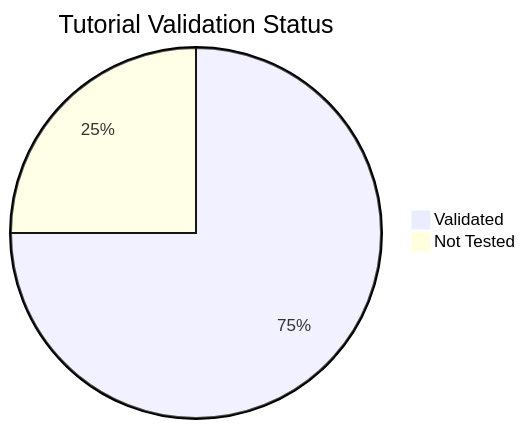
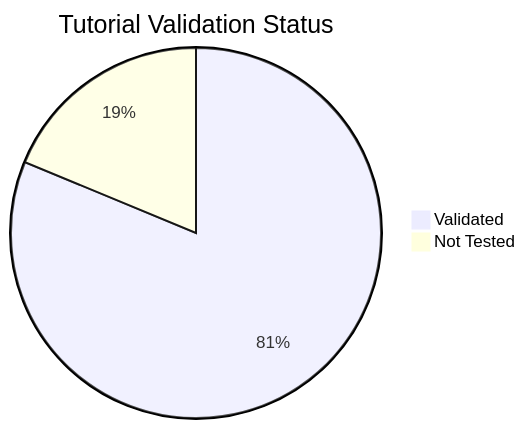
Before and after one commit to yeongseon/azure-functions-practical-guide: the diagram in docs/reference/validation-status.md, drawn with Mermaid. The commit also changed other lines of this file and 7 other files, not shown here.

````diff
--- a/docs/reference/validation-status.md
+++ b/docs/reference/validation-status.md
@@ -17,5 +17,5 @@
 ```mermaid
 pie title Tutorial Validation Status
-    "Validated" : 84
-    "Not Tested" : 28
+    "Validated" : 91
+    "Not Tested" : 21
 ```
````
